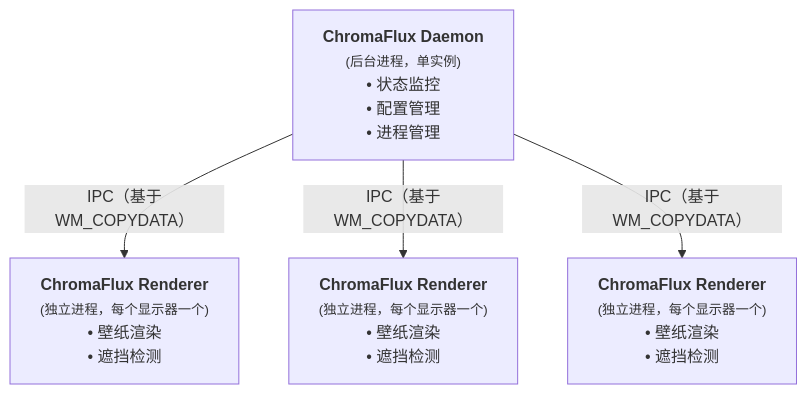
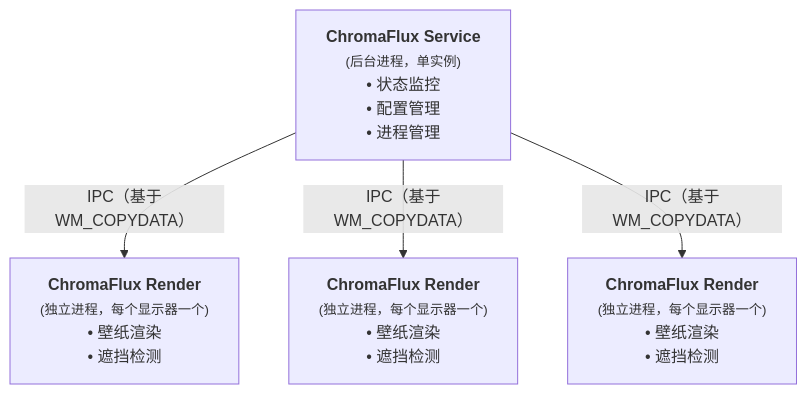
Before and after one commit to xenon2333/ChromaFlux: the diagram in README.md, drawn with Mermaid. The commit also changed other lines of this file and 12 other files, not shown here.

````diff
--- a/README.md
+++ b/README.md
@@ -96,10 +96,10 @@
 ```mermaid
 graph TD
-D["<b>ChromaFlux Daemon</b><br/><small>(后台进程，单实例)</small><br/>• 状态监控<br/>• 配置管理<br/>• 进程管理"]
-R1["<b>ChromaFlux Renderer</b><br/><small>(独立进程，每个显示器一个)</small><br/>• 壁纸渲染 <br/>• 遮挡检测"]
-R2["<b>ChromaFlux Renderer</b><br/><small>(独立进程，每个显示器一个)</small><br/>• 壁纸渲染 <br/>• 遮挡检测"]
-R3["<b>ChromaFlux Renderer</b><br/><small>(独立进程，每个显示器一个)</small><br/>• 壁纸渲染 <br/>• 遮挡检测"]
+D["<b>ChromaFlux Service</b><br/><small>(后台进程，单实例)</small><br/>• 状态监控<br/>• 配置管理<br/>• 进程管理"]
+R1["<b>ChromaFlux Render</b><br/><small>(独立进程，每个显示器一个)</small><br/>• 壁纸渲染 <br/>• 遮挡检测"]
+R2["<b>ChromaFlux Render</b><br/><small>(独立进程，每个显示器一个)</small><br/>• 壁纸渲染 <br/>• 遮挡检测"]
+R3["<b>ChromaFlux Render</b><br/><small>(独立进程，每个显示器一个)</small><br/>• 壁纸渲染 <br/>• 遮挡检测"]
 D--"IPC（基于WM_COPYDATA）"-->R1
 D--"IPC（基于WM_COPYDATA）"-->R2
 D--"IPC（基于WM_COPYDATA）"-->R3
 ```
````
